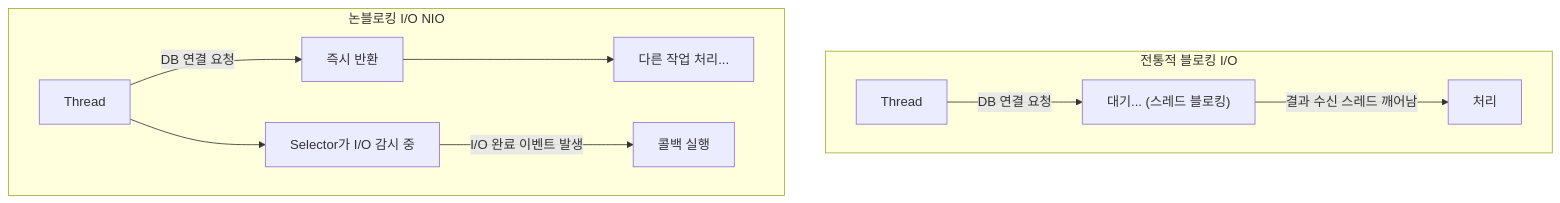
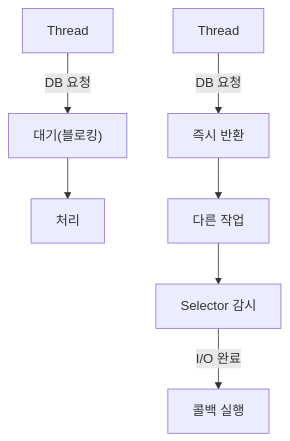
One commit to yjkim2015/yjkim2015.github.io changed the sixth of 9 diagrams in _posts/spring/2026-05-01-spring-webflux.md. Above: the diagram before and after it, drawn with Mermaid. The commit also changed other lines of this file and 155 other files, not shown here.

First line of the commit message:
Mermaid 전면 수정: subgraph 제거, participant/노드/줄수 축소 (342블록)

````diff
--- a/_posts/spring/2026-05-01-spring-webflux.md
+++ b/_posts/spring/2026-05-01-spring-webflux.md
@@ -396,13 +392,9 @@
 ```mermaid
 graph TD
-    subgraph "전통적 블로킹 I/O"
-        T1[Thread] -->|DB 연결 요청| W1["대기... (스레드 블로킹)"]
-        W1 -->|결과 수신 스레드 깨어남| P1[처리]
-    end
-    subgraph "논블로킹 I/O NIO"
-        T2[Thread] -->|DB 연결 요청| IR[즉시 반환]
-        IR --> OW[다른 작업 처리...]
-        T2 --> SEL["Selector가 I/O 감시 중"]
-        SEL -->|I/O 완료 이벤트 발생| CB[콜백 실행]
-    end
+    T1[Thread] -->|DB 요청| W1["대기(블로킹)"]
+    W1 --> P1[처리]
+    T2[Thread] -->|DB 요청| IR[즉시 반환]
+    IR --> OW[다른 작업]
+    OW --> SEL["Selector 감시"]
+    SEL -->|I/O 완료| CB[콜백 실행]
 ```
````
